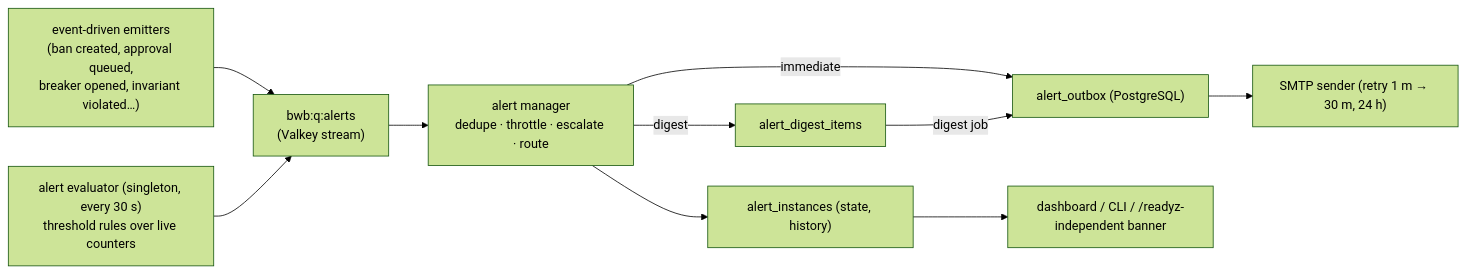
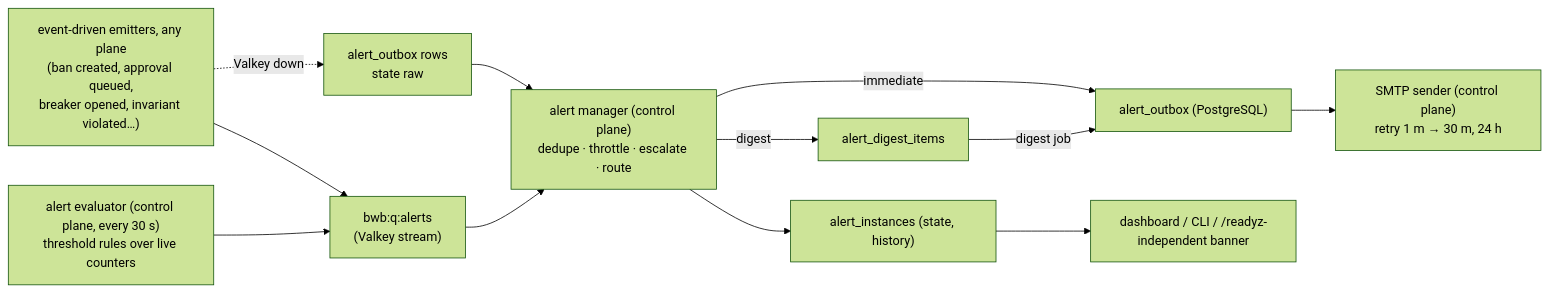
One commit to Web3Abbas/Shamel changed the fifth of 7 diagrams in docs/design/05-operations.md. Above: the diagram before and after it, drawn with Mermaid (forest theme). The commit also changed other lines of this file, not shown here.

````diff
--- a/docs/design/05-operations.md
+++ b/docs/design/05-operations.md
@@ -1127,12 +1214,14 @@
 ```mermaid
 flowchart LR
-  ev["event-driven emitters<br/>(ban created, approval queued,<br/>breaker opened, invariant violated…)"] --> q["bwb:q:alerts<br/>(Valkey stream)"]
-  ev2["alert evaluator (singleton, every 30 s)<br/>threshold rules over live counters"] --> q
-  q --> m["alert manager<br/>dedupe · throttle · escalate · route"]
+  ev["event-driven emitters, any plane<br/>(ban created, approval queued,<br/>breaker opened, invariant violated…)"] --> q["bwb:q:alerts<br/>(Valkey stream)"]
+  ev -.->|"Valkey down"| raw["alert_outbox rows<br/>state raw"]
+  raw --> m
+  ev2["alert evaluator (control plane, every 30 s)<br/>threshold rules over live counters"] --> q
+  q --> m["alert manager (control plane)<br/>dedupe · throttle · escalate · route"]
   m -->|"immediate"| ob["alert_outbox (PostgreSQL)"]
   m -->|"digest"| dg["alert_digest_items"]
   dg -->|"digest job"| ob
-  ob --> smtp["SMTP sender (retry 1 m → 30 m, 24 h)"]
+  ob --> smtp["SMTP sender (control plane)<br/>retry 1 m → 30 m, 24 h"]
   m --> inst["alert_instances (state, history)"]
   inst --> dash["dashboard / CLI / /readyz-independent banner"]
 ```
````
